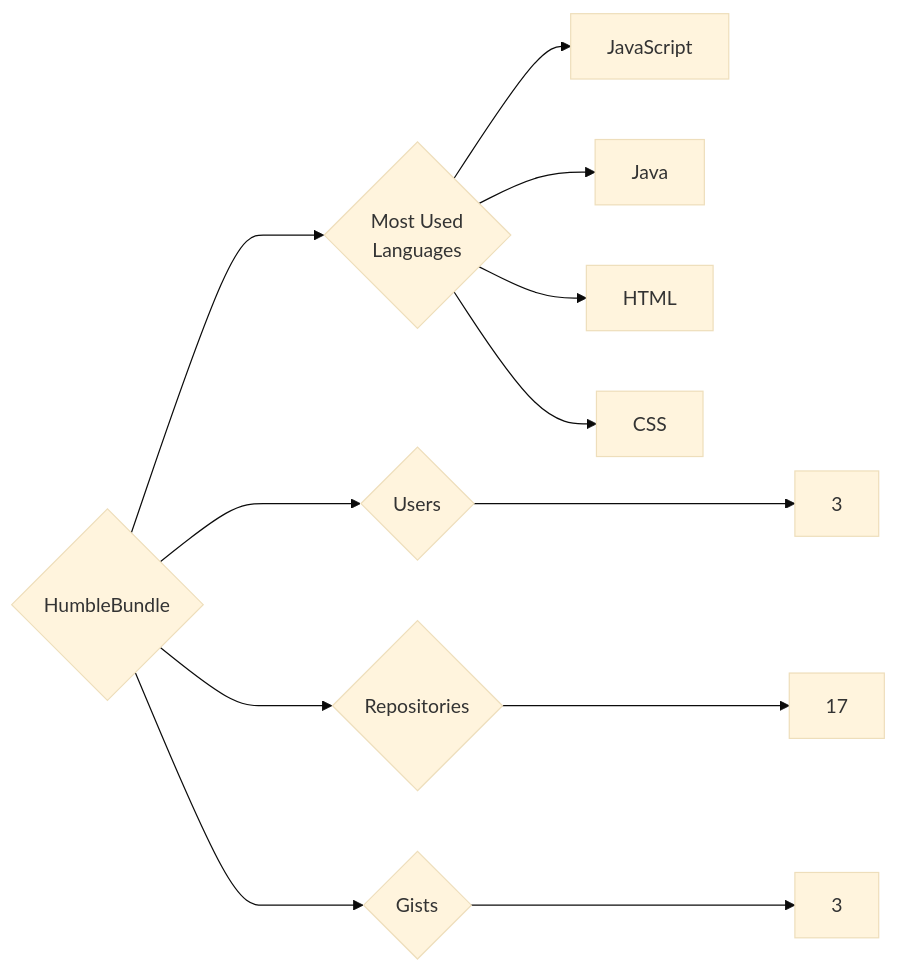
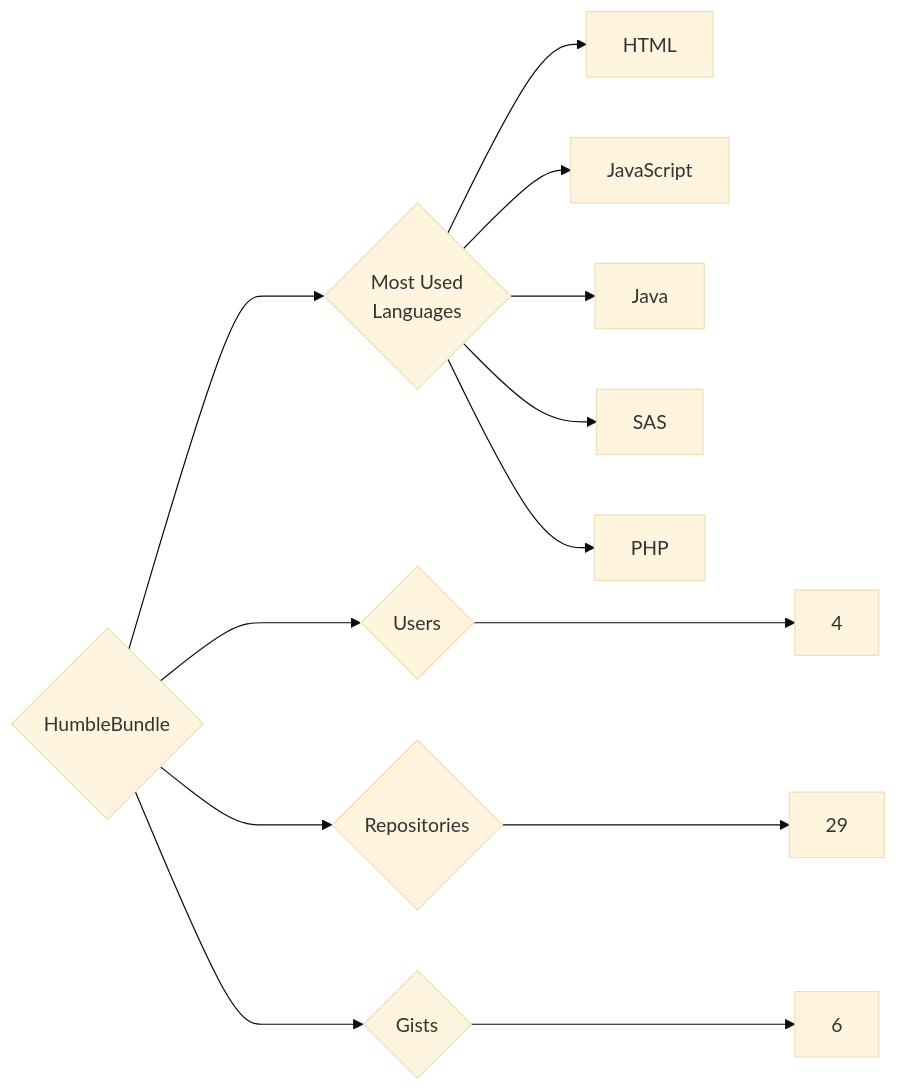
Before and after one commit to trickest/insiders: the diagram in targets/HumbleBundle/README.md, drawn with Mermaid (base theme). The commit also changed 1023 other files, not shown here.

````diff
--- a/targets/HumbleBundle/README.md
+++ b/targets/HumbleBundle/README.md
@@ -3,12 +3,13 @@
 ```mermaid
 graph LR
 COMPANY_NAME{HumbleBundle}
-COMPANY_NAME ---> U{Users} ---> UN[3]
-COMPANY_NAME ---> R{Repositories} ---> RN[17]
-COMPANY_NAME ---> G{Gists} ---> GN[3]
+COMPANY_NAME ---> U{Users} ---> UN[4]
+COMPANY_NAME ---> R{Repositories} ---> RN[29]
+COMPANY_NAME ---> G{Gists} ---> GN[6]
 COMPANY_NAME ---> ML{Most Used<br>Languages}
+ML --> HTML[HTML]
 ML --> JavaScript[JavaScript]
 ML --> Java[Java]
-ML --> HTML[HTML]
-ML --> CSS[CSS]
+ML --> SAS[SAS]
+ML --> PHP[PHP]
 ```
````
